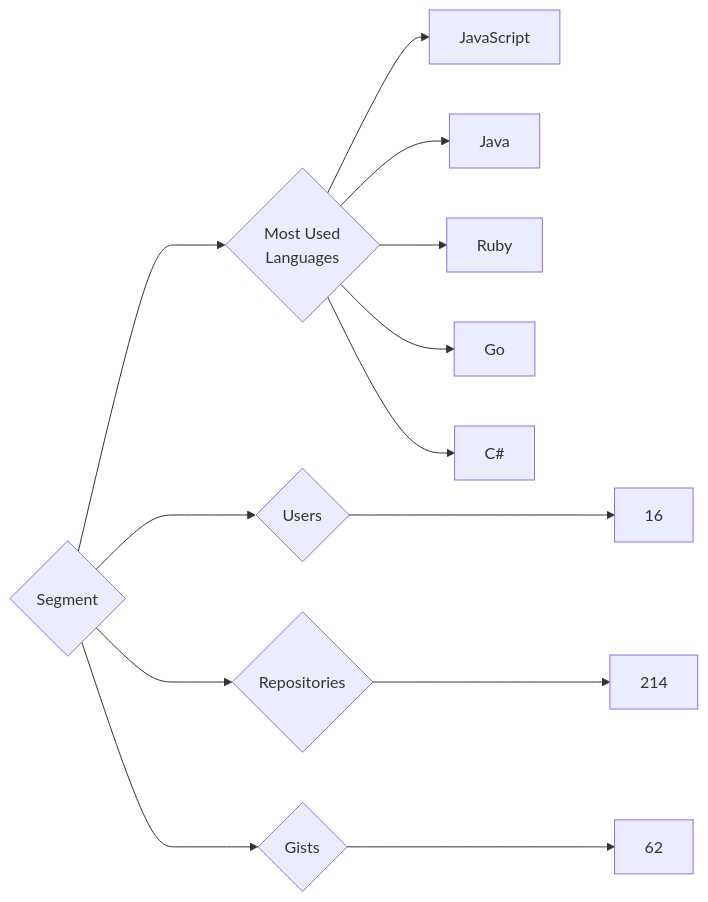
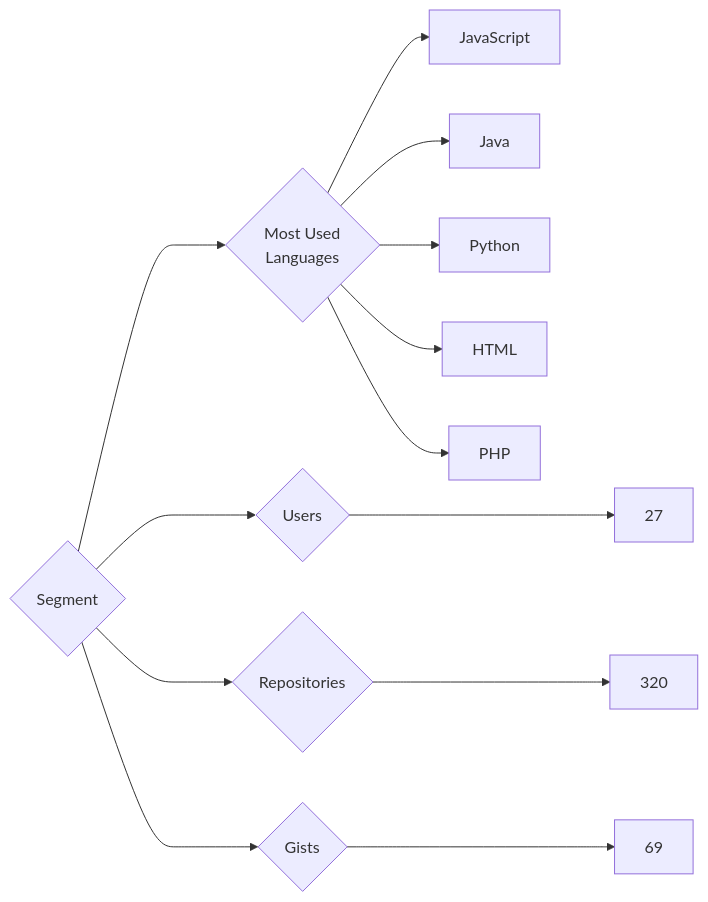
One commit to trickest/insiders changed the diagram in targets/Segment/README.md. Above: the diagram before and after it, drawn with Mermaid. The commit also changed 928 other files, not shown here.

````diff
--- a/targets/Segment/README.md
+++ b/targets/Segment/README.md
@@ -3,13 +3,13 @@
 ```mermaid
 graph LR
 COMPANY_NAME{Segment}
-COMPANY_NAME ---> U{Users} ---> UN[16]
-COMPANY_NAME ---> R{Repositories} ---> RN[214]
-COMPANY_NAME ---> G{Gists} ---> GN[62]
+COMPANY_NAME ---> U{Users} ---> UN[27]
+COMPANY_NAME ---> R{Repositories} ---> RN[320]
+COMPANY_NAME ---> G{Gists} ---> GN[69]
 COMPANY_NAME ---> ML{Most Used<br>Languages}
 ML --> JavaScript[JavaScript]
 ML --> Java[Java]
-ML --> Ruby[Ruby]
-ML --> Go[Go]
-ML --> C#[C#]
+ML --> Python[Python]
+ML --> HTML[HTML]
+ML --> PHP[PHP]
 ```
````
